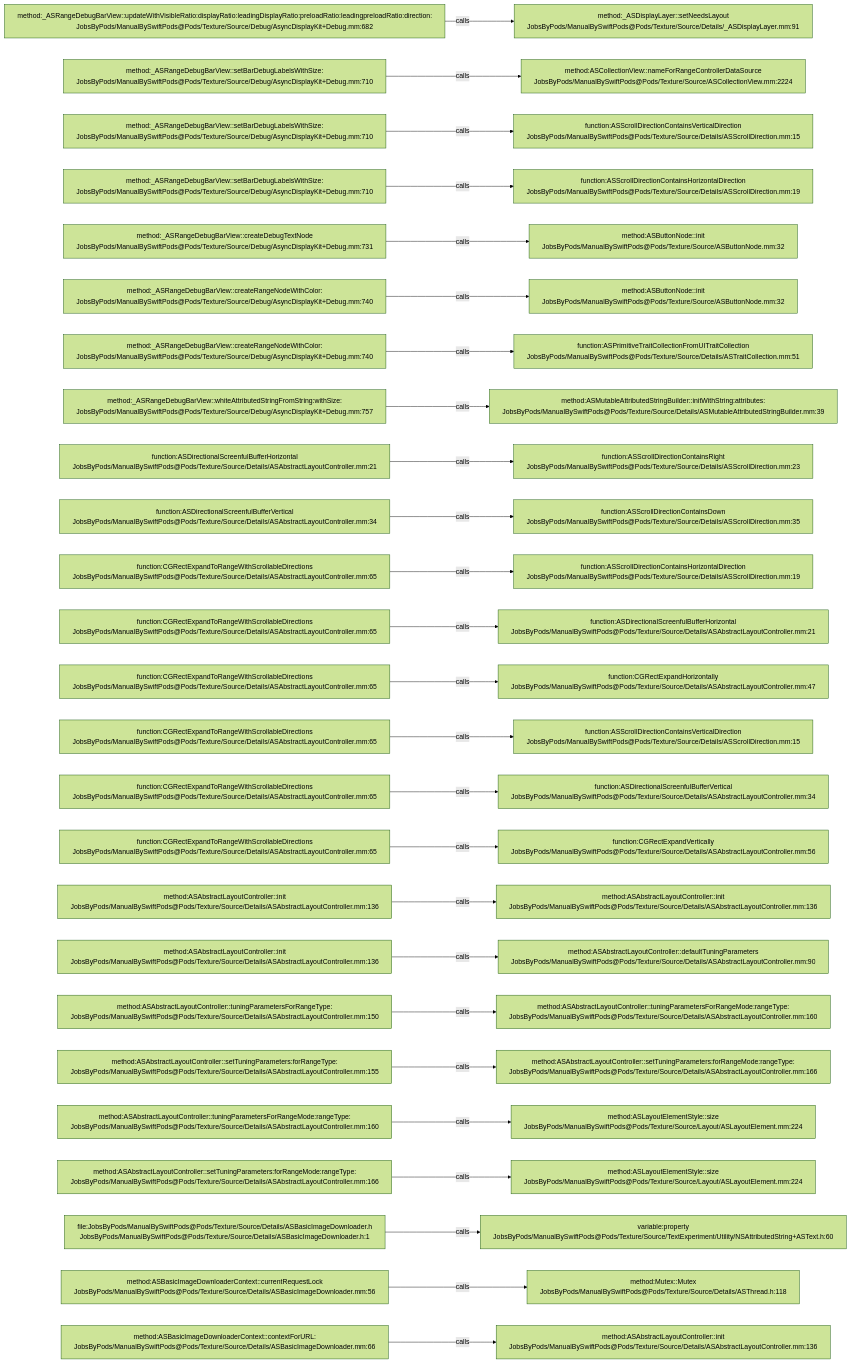
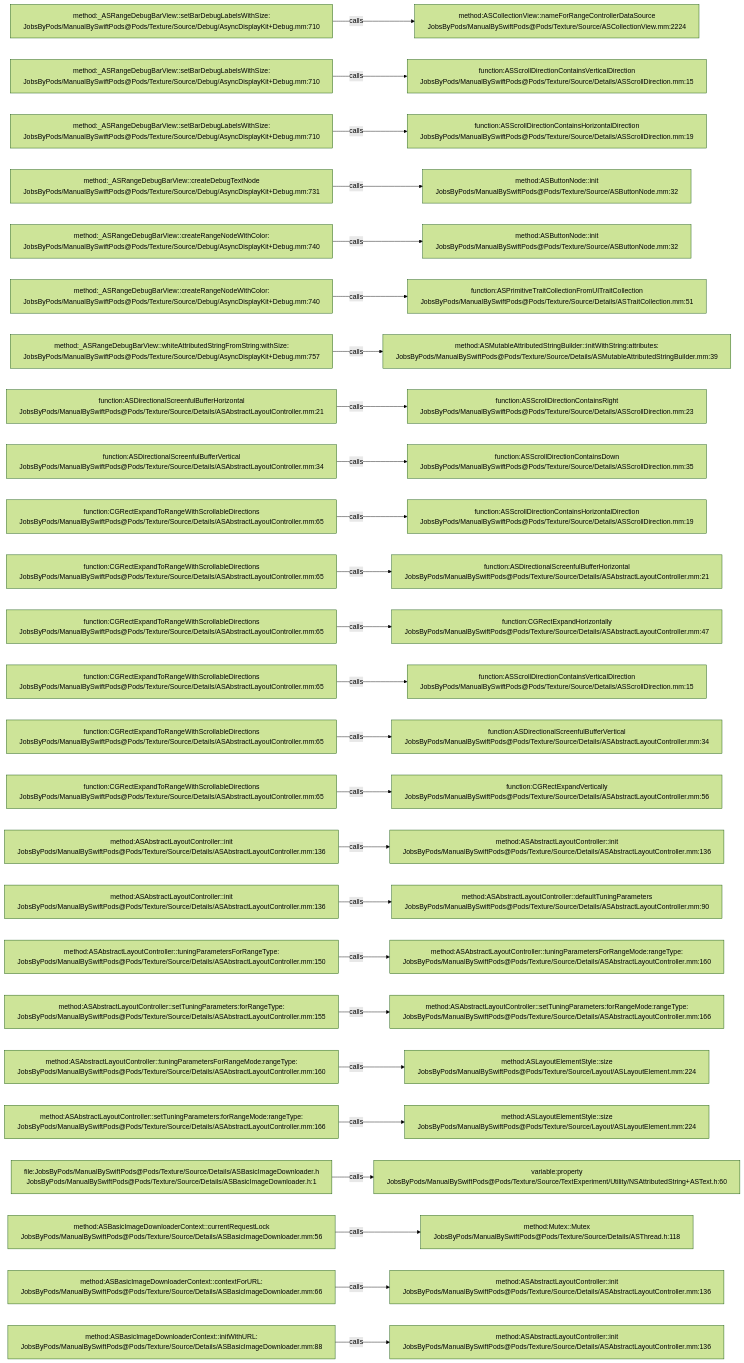
One commit to JobsKits/JobsSwiftBaseConfigDemo changed the diagram in .codegraph/codegraph.md/graphs/calls-081.md. Above: the diagram before and after it, drawn with Mermaid (forest theme). The commit also changed 747 other files, not shown here.

````diff
--- a/.codegraph/codegraph.md/graphs/calls-081.md
+++ b/.codegraph/codegraph.md/graphs/calls-081.md
@@ -13,78 +13,78 @@
 ```mermaid
 flowchart LR
-  S1["method:_ASRangeDebugBarView::updateWithVisibleRatio:displayRatio:leadingDisplayRatio:preloadRatio:leadingpreloadRatio:direction:<br/>JobsByPods/ManualBySwiftPods@Pods/Texture/Source/Debug/AsyncDisplayKit+Debug.mm:682"]
-  T1["method:_ASDisplayLayer::setNeedsLayout<br/>JobsByPods/ManualBySwiftPods@Pods/Texture/Source/Details/_ASDisplayLayer.mm:91"]
+  S1["method:_ASRangeDebugBarView::setBarDebugLabelsWithSize:<br/>JobsByPods/ManualBySwiftPods@Pods/Texture/Source/Debug/AsyncDisplayKit+Debug.mm:710"]
+  T1["method:ASCollectionView::nameForRangeControllerDataSource<br/>JobsByPods/ManualBySwiftPods@Pods/Texture/Source/ASCollectionView.mm:2224"]
   S1 -->|calls| T1
   S2["method:_ASRangeDebugBarView::setBarDebugLabelsWithSize:<br/>JobsByPods/ManualBySwiftPods@Pods/Texture/Source/Debug/AsyncDisplayKit+Debug.mm:710"]
-  T2["method:ASCollectionView::nameForRangeControllerDataSource<br/>JobsByPods/ManualBySwiftPods@Pods/Texture/Source/ASCollectionView.mm:2224"]
+  T2["function:ASScrollDirectionContainsVerticalDirection<br/>JobsByPods/ManualBySwiftPods@Pods/Texture/Source/Details/ASScrollDirection.mm:15"]
   S2 -->|calls| T2
   S3["method:_ASRangeDebugBarView::setBarDebugLabelsWithSize:<br/>JobsByPods/ManualBySwiftPods@Pods/Texture/Source/Debug/AsyncDisplayKit+Debug.mm:710"]
-  T3["function:ASScrollDirectionContainsVerticalDirection<br/>JobsByPods/ManualBySwiftPods@Pods/Texture/Source/Details/ASScrollDirection.mm:15"]
+  T3["function:ASScrollDirectionContainsHorizontalDirection<br/>JobsByPods/ManualBySwiftPods@Pods/Texture/Source/Details/ASScrollDirection.mm:19"]
   S3 -->|calls| T3
-  S4["method:_ASRangeDebugBarView::setBarDebugLabelsWithSize:<br/>JobsByPods/ManualBySwiftPods@Pods/Texture/Source/Debug/AsyncDisplayKit+Debug.mm:710"]
-  T4["function:ASScrollDirectionContainsHorizontalDirection<br/>JobsByPods/ManualBySwiftPods@Pods/Texture/Source/Details/ASScrollDirection.mm:19"]
+  S4["method:_ASRangeDebugBarView::createDebugTextNode<br/>JobsByPods/ManualBySwiftPods@Pods/Texture/Source/Debug/AsyncDisplayKit+Debug.mm:731"]
+  T4["method:ASButtonNode::init<br/>JobsByPods/ManualBySwiftPods@Pods/Texture/Source/ASButtonNode.mm:32"]
   S4 -->|calls| T4
-  S5["method:_ASRangeDebugBarView::createDebugTextNode<br/>JobsByPods/ManualBySwiftPods@Pods/Texture/Source/Debug/AsyncDisplayKit+Debug.mm:731"]
+  S5["method:_ASRangeDebugBarView::createRangeNodeWithColor:<br/>JobsByPods/ManualBySwiftPods@Pods/Texture/Source/Debug/AsyncDisplayKit+Debug.mm:740"]
   T5["method:ASButtonNode::init<br/>JobsByPods/ManualBySwiftPods@Pods/Texture/Source/ASButtonNode.mm:32"]
   S5 -->|calls| T5
   S6["method:_ASRangeDebugBarView::createRangeNodeWithColor:<br/>JobsByPods/ManualBySwiftPods@Pods/Texture/Source/Debug/AsyncDisplayKit+Debug.mm:740"]
-  T6["method:ASButtonNode::init<br/>JobsByPods/ManualBySwiftPods@Pods/Texture/Source/ASButtonNode.mm:32"]
+  T6["function:ASPrimitiveTraitCollectionFromUITraitCollection<br/>JobsByPods/ManualBySwiftPods@Pods/Texture/Source/Details/ASTraitCollection.mm:51"]
   S6 -->|calls| T6
-  S7["method:_ASRangeDebugBarView::createRangeNodeWithColor:<br/>JobsByPods/ManualBySwiftPods@Pods/Texture/Source/Debug/AsyncDisplayKit+Debug.mm:740"]
-  T7["function:ASPrimitiveTraitCollectionFromUITraitCollection<br/>JobsByPods/ManualBySwiftPods@Pods/Texture/Source/Details/ASTraitCollection.mm:51"]
+  S7["method:_ASRangeDebugBarView::whiteAttributedStringFromString:withSize:<br/>JobsByPods/ManualBySwiftPods@Pods/Texture/Source/Debug/AsyncDisplayKit+Debug.mm:757"]
+  T7["method:ASMutableAttributedStringBuilder::initWithString:attributes:<br/>JobsByPods/ManualBySwiftPods@Pods/Texture/Source/Details/ASMutableAttributedStringBuilder.mm:39"]
   S7 -->|calls| T7
-  S8["method:_ASRangeDebugBarView::whiteAttributedStringFromString:withSize:<br/>JobsByPods/ManualBySwiftPods@Pods/Texture/Source/Debug/AsyncDisplayKit+Debug.mm:757"]
-  T8["method:ASMutableAttributedStringBuilder::initWithString:attributes:<br/>JobsByPods/ManualBySwiftPods@Pods/Texture/Source/Details/ASMutableAttributedStringBuilder.mm:39"]
+  S8["function:ASDirectionalScreenfulBufferHorizontal<br/>JobsByPods/ManualBySwiftPods@Pods/Texture/Source/Details/ASAbstractLayoutController.mm:21"]
+  T8["function:ASScrollDirectionContainsRight<br/>JobsByPods/ManualBySwiftPods@Pods/Texture/Source/Details/ASScrollDirection.mm:23"]
   S8 -->|calls| T8
-  S9["function:ASDirectionalScreenfulBufferHorizontal<br/>JobsByPods/ManualBySwiftPods@Pods/Texture/Source/Details/ASAbstractLayoutController.mm:21"]
-  T9["function:ASScrollDirectionContainsRight<br/>JobsByPods/ManualBySwiftPods@Pods/Texture/Source/Details/ASScrollDirection.mm:23"]
+  S9["function:ASDirectionalScreenfulBufferVertical<br/>JobsByPods/ManualBySwiftPods@Pods/Texture/Source/Details/ASAbstractLayoutController.mm:34"]
+  T9["function:ASScrollDirectionContainsDown<br/>JobsByPods/ManualBySwiftPods@Pods/Texture/Source/Details/ASScrollDirection.mm:35"]
   S9 -->|calls| T9
-  S10["function:ASDirectionalScreenfulBufferVertical<br/>JobsByPods/ManualBySwiftPods@Pods/Texture/Source/Details/ASAbstractLayoutController.mm:34"]
-  T10["function:ASScrollDirectionContainsDown<br/>JobsByPods/ManualBySwiftPods@Pods/Texture/Source/Details/ASScrollDirection.mm:35"]
+  S10["function:CGRectExpandToRangeWithScrollableDirections<br/>JobsByPods/ManualBySwiftPods@Pods/Texture/Source/Details/ASAbstractLayoutController.mm:65"]
+  T10["function:ASScrollDirectionContainsHorizontalDirection<br/>JobsByPods/ManualBySwiftPods@Pods/Texture/Source/Details/ASScrollDirection.mm:19"]
   S10 -->|calls| T10
   S11["function:CGRectExpandToRangeWithScrollableDirections<br/>JobsByPods/ManualBySwiftPods@Pods/Texture/Source/Details/ASAbstractLayoutController.mm:65"]
-  T11["function:ASScrollDirectionContainsHorizontalDirection<br/>JobsByPods/ManualBySwiftPods@Pods/Texture/Source/Details/ASScrollDirection.mm:19"]
+  T11["function:ASDirectionalScreenfulBufferHorizontal<br/>JobsByPods/ManualBySwiftPods@Pods/Texture/Source/Details/ASAbstractLayoutController.mm:21"]
   S11 -->|calls| T11
   S12["function:CGRectExpandToRangeWithScrollableDirections<br/>JobsByPods/ManualBySwiftPods@Pods/Texture/Source/Details/ASAbstractLayoutController.mm:65"]
-  T12["function:ASDirectionalScreenfulBufferHorizontal<br/>JobsByPods/ManualBySwiftPods@Pods/Texture/Source/Details/ASAbstractLayoutController.mm:21"]
+  T12["function:CGRectExpandHorizontally<br/>JobsByPods/ManualBySwiftPods@Pods/Texture/Source/Details/ASAbstractLayoutController.mm:47"]
   S12 -->|calls| T12
   S13["function:CGRectExpandToRangeWithScrollableDirections<br/>JobsByPods/ManualBySwiftPods@Pods/Texture/Source/Details/ASAbstractLayoutController.mm:65"]
-  T13["function:CGRectExpandHorizontally<br/>JobsByPods/ManualBySwiftPods@Pods/Texture/Source/Details/ASAbstractLayoutController.mm:47"]
+  T13["function:ASScrollDirectionContainsVerticalDirection<br/>JobsByPods/ManualBySwiftPods@Pods/Texture/Source/Details/ASScrollDirection.mm:15"]
   S13 -->|calls| T13
   S14["function:CGRectExpandToRangeWithScrollableDirections<br/>JobsByPods/ManualBySwiftPods@Pods/Texture/Source/Details/ASAbstractLayoutController.mm:65"]
-  T14["function:ASScrollDirectionContainsVerticalDirection<br/>JobsByPods/ManualBySwiftPods@Pods/Texture/Source/Details/ASScrollDirection.mm:15"]
+  T14["function:ASDirectionalScreenfulBufferVertical<br/>JobsByPods/ManualBySwiftPods@Pods/Texture/Source/Details/ASAbstractLayoutController.mm:34"]
   S14 -->|calls| T14
   S15["function:CGRectExpandToRangeWithScrollableDirections<br/>JobsByPods/ManualBySwiftPods@Pods/Texture/Source/Details/ASAbstractLayoutController.mm:65"]
-  T15["function:ASDirectionalScreenfulBufferVertical<br/>JobsByPods/ManualBySwiftPods@Pods/Texture/Source/Details/ASAbstractLayoutController.mm:34"]
+  T15["function:CGRectExpandVertically<br/>JobsByPods/ManualBySwiftPods@Pods/Texture/Source/Details/ASAbstractLayoutController.mm:56"]
   S15 -->|calls| T15
-  S16["function:CGRectExpandToRangeWithScrollableDirections<br/>JobsByPods/ManualBySwiftPods@Pods/Texture/Source/Details/ASAbstractLayoutController.mm:65"]
-  T16["function:CGRectExpandVertically<br/>JobsByPods/ManualBySwiftPods@Pods/Texture/Source/Details/ASAbstractLayoutController.mm:56"]
+  S16["method:ASAbstractLayoutController::init<br/>JobsByPods/ManualBySwiftPods@Pods/Texture/Source/Details/ASAbstractLayoutController.mm:136"]
+  T16["method:ASAbstractLayoutController::init<br/>JobsByPods/ManualBySwiftPods@Pods/Texture/Source/Details/ASAbstractLayoutController.mm:136"]
   S16 -->|calls| T16
   S17["method:ASAbstractLayoutController::init<br/>JobsByPods/ManualBySwiftPods@Pods/Texture/Source/Details/ASAbstractLayoutController.mm:136"]
-  T17["method:ASAbstractLayoutController::init<br/>JobsByPods/ManualBySwiftPods@Pods/Texture/Source/Details/ASAbstractLayoutController.mm:136"]
+  T17["method:ASAbstractLayoutController::defaultTuningParameters<br/>JobsByPods/ManualBySwiftPods@Pods/Texture/Source/Details/ASAbstractLayoutController.mm:90"]
   S17 -->|calls| T17
-  S18["method:ASAbstractLayoutController::init<br/>JobsByPods/ManualBySwiftPods@Pods/Texture/Source/Details/ASAbstractLayoutController.mm:136"]
-  T18["method:ASAbstractLayoutController::defaultTuningParameters<br/>JobsByPods/ManualBySwiftPods@Pods/Texture/Source/Details/ASAbstractLayoutController.mm:90"]
+  S18["method:ASAbstractLayoutController::tuningParametersForRangeType:<br/>JobsByPods/ManualBySwiftPods@Pods/Texture/Source/Details/ASAbstractLayoutController.mm:150"]
+  T18["method:ASAbstractLayoutController::tuningParametersForRangeMode:rangeType:<br/>JobsByPods/ManualBySwiftPods@Pods/Texture/Source/Details/ASAbstractLayoutController.mm:160"]
   S18 -->|calls| T18
-  S19["method:ASAbstractLayoutController::tuningParametersForRangeType:<br/>JobsByPods/ManualBySwiftPods@Pods/Texture/Source/Details/ASAbstractLayoutController.mm:150"]
-  T19["method:ASAbstractLayoutController::tuningParametersForRangeMode:rangeType:<br/>JobsByPods/ManualBySwiftPods@Pods/Texture/Source/Details/ASAbstractLayoutController.mm:160"]
+  S19["method:ASAbstractLayoutController::setTuningParameters:forRangeType:<br/>JobsByPods/ManualBySwiftPods@Pods/Texture/Source/Details/ASAbstractLayoutController.mm:155"]
+  T19["method:ASAbstractLayoutController::setTuningParameters:forRangeMode:rangeType:<br/>JobsByPods/ManualBySwiftPods@Pods/Texture/Source/Details/ASAbstractLayoutController.mm:166"]
   S19 -->|calls| T19
-  S20["method:ASAbstractLayoutController::setTuningParameters:forRangeType:<br/>JobsByPods/ManualBySwiftPods@Pods/Texture/Source/Details/ASAbstractLayoutController.mm:155"]
-  T20["method:ASAbstractLayoutController::setTuningParameters:forRangeMode:rangeType:<br/>JobsByPods/ManualBySwiftPods@Pods/Texture/Source/Details/ASAbstractLayoutController.mm:166"]
+  S20["method:ASAbstractLayoutController::tuningParametersForRangeMode:rangeType:<br/>JobsByPods/ManualBySwiftPods@Pods/Texture/Source/Details/ASAbstractLayoutController.mm:160"]
+  T20["method:ASLayoutElementStyle::size<br/>JobsByPods/ManualBySwiftPods@Pods/Texture/Source/Layout/ASLayoutElement.mm:224"]
   S20 -->|calls| T20
-  S21["method:ASAbstractLayoutController::tuningParametersForRangeMode:rangeType:<br/>JobsByPods/ManualBySwiftPods@Pods/Texture/Source/Details/ASAbstractLayoutController.mm:160"]
+  S21["method:ASAbstractLayoutController::setTuningParameters:forRangeMode:rangeType:<br/>JobsByPods/ManualBySwiftPods@Pods/Texture/Source/Details/ASAbstractLayoutController.mm:166"]
   T21["method:ASLayoutElementStyle::size<br/>JobsByPods/ManualBySwiftPods@Pods/Texture/Source/Layout/ASLayoutElement.mm:224"]
   S21 -->|calls| T21
-  S22["method:ASAbstractLayoutController::setTuningParameters:forRangeMode:rangeType:<br/>JobsByPods/ManualBySwiftPods@Pods/Texture/Source/Details/ASAbstractLayoutController.mm:166"]
-  T22["method:ASLayoutElementStyle::size<br/>JobsByPods/ManualBySwiftPods@Pods/Texture/Source/Layout/ASLayoutElement.mm:224"]
+  S22["file:JobsByPods/ManualBySwiftPods@Pods/Texture/Source/Details/ASBasicImageDownloader.h<br/>JobsByPods/ManualBySwiftPods@Pods/Texture/Source/Details/ASBasicImageDownloader.h:1"]
+  T22["variable:property<br/>JobsByPods/ManualBySwiftPods@Pods/Texture/Source/TextExperiment/Utility/NSAttributedString+ASText.h:60"]
   S22 -->|calls| T22
-  S23["file:JobsByPods/ManualBySwiftPods@Pods/Texture/Source/Details/ASBasicImageDownloader.h<br/>JobsByPods/ManualBySwiftPods@Pods/Texture/Source/Details/ASBasicImageDownloader.h:1"]
-  T23["variable:property<br/>JobsByPods/ManualBySwiftPods@Pods/Texture/Source/TextExperiment/Utility/NSAttributedString+ASText.h:60"]
+  S23["method:ASBasicImageDownloaderContext::currentRequestLock<br/>JobsByPods/ManualBySwiftPods@Pods/Texture/Source/Details/ASBasicImageDownloader.mm:56"]
+  T23["method:Mutex::Mutex<br/>JobsByPods/ManualBySwiftPods@Pods/Texture/Source/Details/ASThread.h:118"]
   S23 -->|calls| T23
-  S24["method:ASBasicImageDownloaderContext::currentRequestLock<br/>JobsByPods/ManualBySwiftPods@Pods/Texture/Source/Details/ASBasicImageDownloader.mm:56"]
-  T24["method:Mutex::Mutex<br/>JobsByPods/ManualBySwiftPods@Pods/Texture/Source/Details/ASThread.h:118"]
+  S24["method:ASBasicImageDownloaderContext::contextForURL:<br/>JobsByPods/ManualBySwiftPods@Pods/Texture/Source/Details/ASBasicImageDownloader.mm:66"]
+  T24["method:ASAbstractLayoutController::init<br/>JobsByPods/ManualBySwiftPods@Pods/Texture/Source/Details/ASAbstractLayoutController.mm:136"]
   S24 -->|calls| T24
-  S25["method:ASBasicImageDownloaderContext::contextForURL:<br/>JobsByPods/ManualBySwiftPods@Pods/Texture/Source/Details/ASBasicImageDownloader.mm:66"]
+  S25["method:ASBasicImageDownloaderContext::initWithURL:<br/>JobsByPods/ManualBySwiftPods@Pods/Texture/Source/Details/ASBasicImageDownloader.mm:88"]
   T25["method:ASAbstractLayoutController::init<br/>JobsByPods/ManualBySwiftPods@Pods/Texture/Source/Details/ASAbstractLayoutController.mm:136"]
   S25 -->|calls| T25
 ```
````
